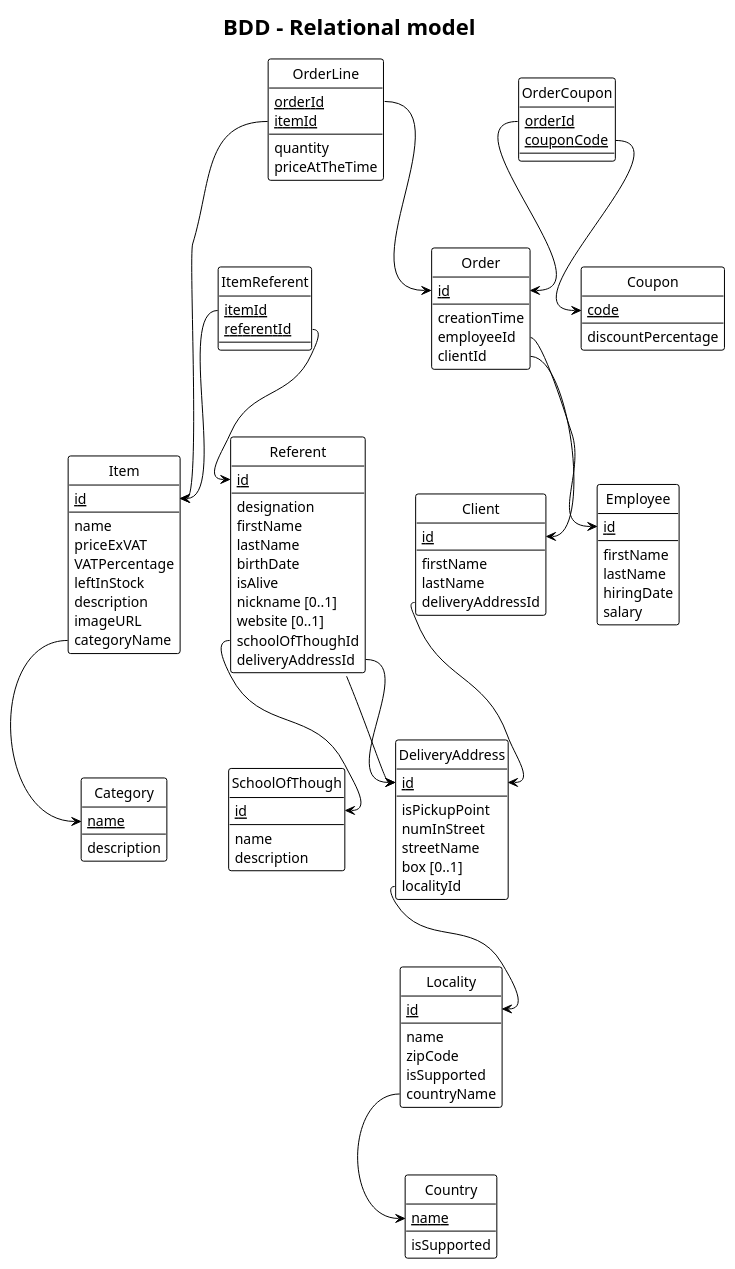
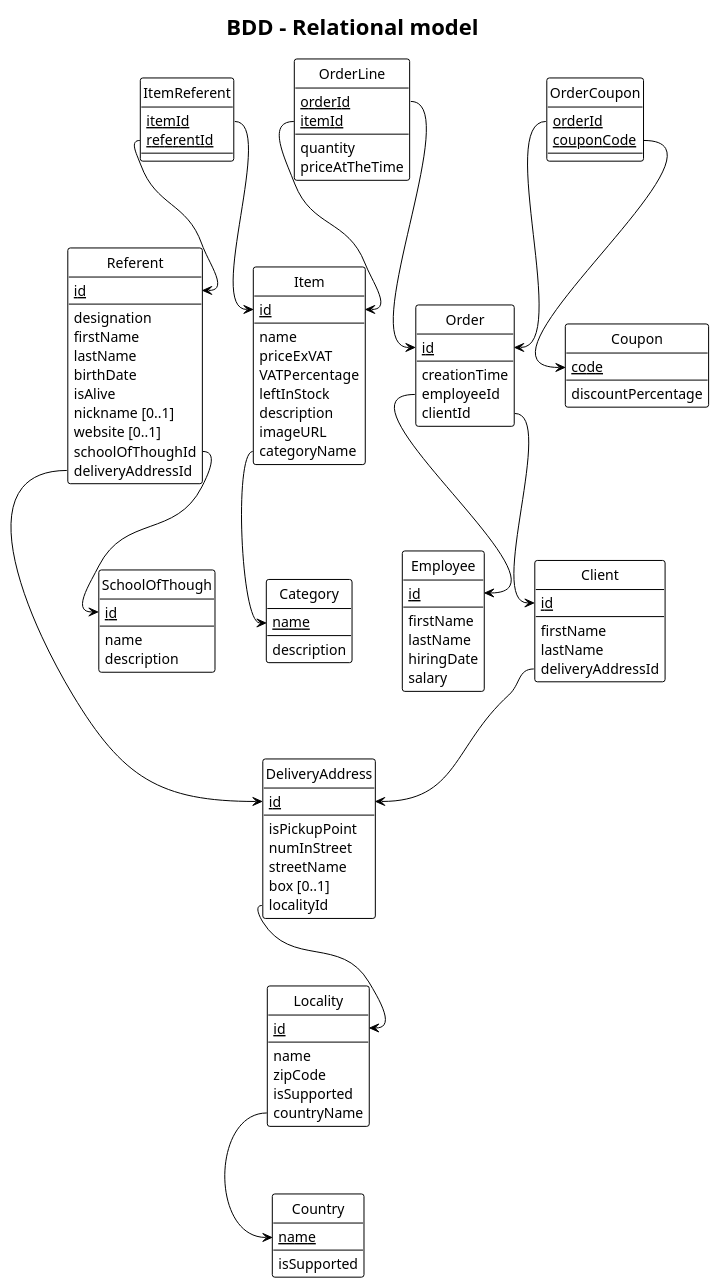
Before and after one commit to Keaexe/advanced_POO: the diagram in puml/relational_DB_model.puml, drawn with PlantUML.

Commit message:
Patching relationel DB model from previous error

```diff
--- a/puml/relational_DB_model.puml
+++ b/puml/relational_DB_model.puml
@@ -1,132 +1,131 @@
 @startuml BDD - Relational model
 title BDD - Relational model
 !theme plain
 hide circle
 
 entity Item{
   <u>id</u>
   --
   name
   priceExVAT
   VATPercentage
   leftInStock
   description
   imageURL
   categoryName
 }
 entity Category{
   <u>name</u>
   --
   description
 }
 entity Referent{
   <u>id</u>
   --
   designation
   firstName
   lastName
   birthDate
   isAlive 
   nickname [0..1]
   website [0..1]
   schoolOfThoughId
   deliveryAddressId
 }
 entity SchoolOfThough{
   <u>id</u>
   --
   name
   description
 }
 entity Order{
   <u>id</u>
   --
   creationTime
   employeeId
   clientId
 }
 entity Client{
   <u>id</u>
   --
   firstName
   lastName
   deliveryAddressId
 }
 entity OrderLine{
   <u>orderId</u>
   <u>itemId</u>
   --
   quantity
   priceAtTheTime
 }
 
 
 entity Coupon{
   <u>code</u>
   --
   discountPercentage
 }
 
 entity Employee{
   <u>id</u>
   --
   firstName
   lastName
   hiringDate
   salary
 }
 entity Country{
   <u>name</u>
   --
   isSupported 
 }
 entity Locality{
   <u>id</u>
   --
   name
   zipCode
   isSupported 
   countryName
 }
 entity DeliveryAddress{
   <u>id</u>
   --
   isPickupPoint 
   numInStreet
   streetName
   box [0..1]
   localityId
 }
 
 entity OrderCoupon{
   <u>orderId</u>
   <u>couponCode</u>
 }
 entity ItemReferent{
   <u>itemId</u>
   <u>referentId</u>
 }
 
 Item::categoryName --> Category::name
 
 Referent::schoolOfThoughId --> SchoolOfThough::id
 Referent::deliveryAddressId --> DeliveryAddress::id
 
 Order::employeeId --> Employee::id
 Order::clientId --> Client::id
 
 Client::deliveryAddressId --> DeliveryAddress::id
 
 OrderLine::orderId --> Order::id
 OrderLine::itemId --> Item::id
 
 Locality::countryName --> Country::name
 DeliveryAddress::localityId --> Locality::id
 
 OrderCoupon::orderId --> Order::id
 OrderCoupon::couponCode --> Coupon::code
 
 ItemReferent::itemId --> Item::id
 ItemReferent::referentId --> Referent::id
-Referent::address --> DeliveryAddress::id
 @enduml
```
